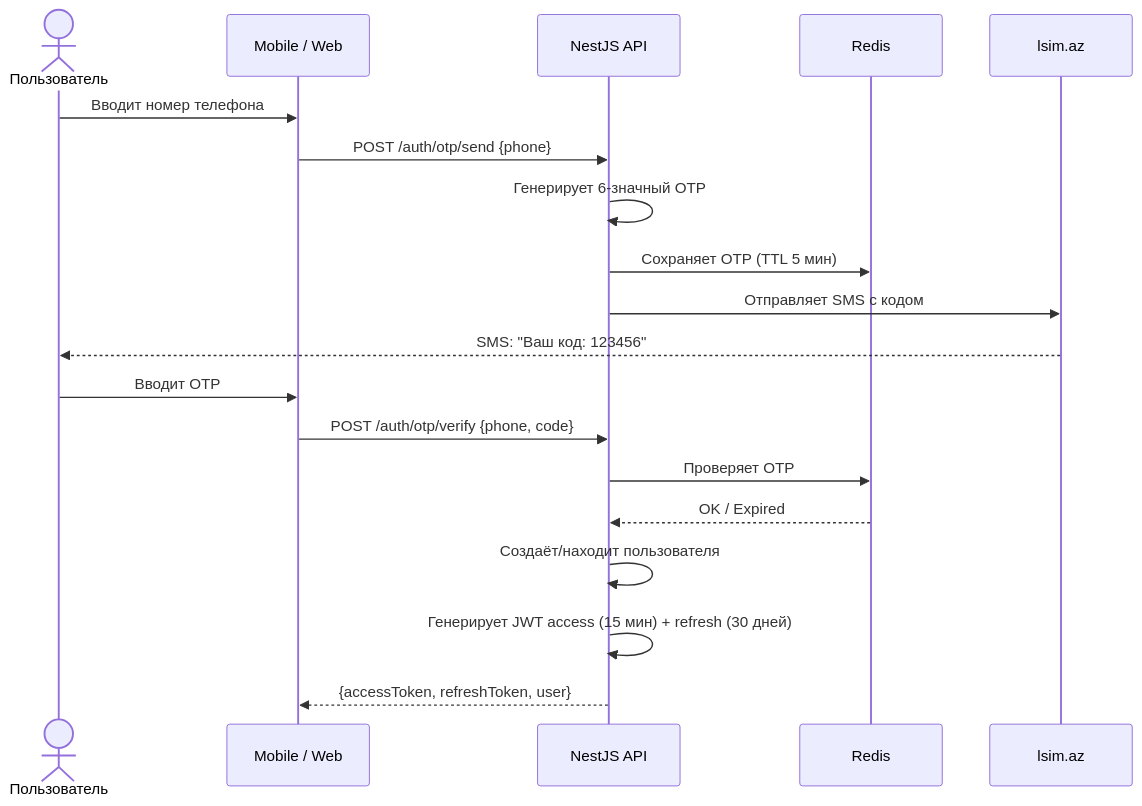
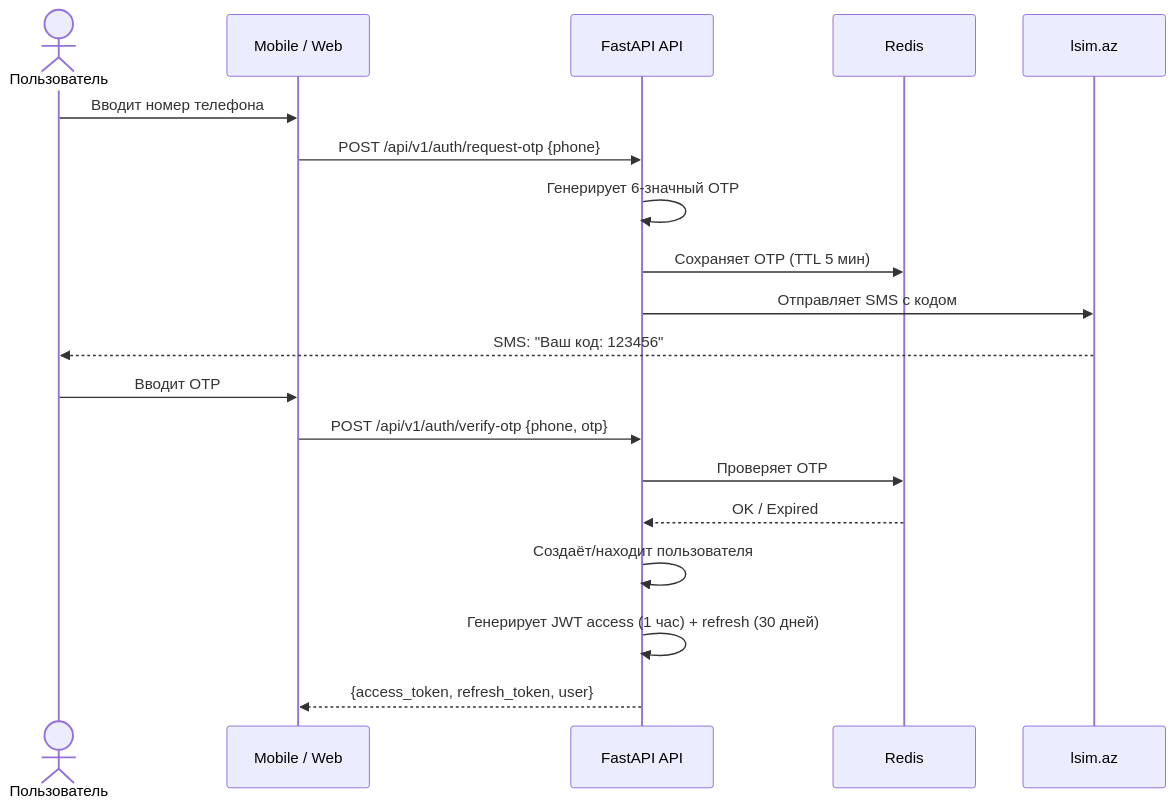
One commit to JosephIsrafilov/yolustu changed the first of 5 diagrams in yolustu_architecture.md. Above: the diagram before and after it, drawn with Mermaid. The commit also changed other lines of this file and 35 other files, not shown here.

````diff
--- a/yolustu_architecture.md
+++ b/yolustu_architecture.md
@@ -34,22 +30,22 @@
 ```mermaid
 sequenceDiagram
     actor P as Пользователь
     participant App as Mobile / Web
-    participant API as NestJS API
+    participant API as FastAPI API
     participant Redis as Redis
     participant SMS as lsim.az
 
     P->>App: Вводит номер телефона
-    App->>API: POST /auth/otp/send {phone}
+    App->>API: POST /api/v1/auth/request-otp {phone}
     API->>API: Генерирует 6-значный OTP
     API->>Redis: Сохраняет OTP (TTL 5 мин)
     API->>SMS: Отправляет SMS с кодом
     SMS-->>P: SMS: "Ваш код: 123456"
     P->>App: Вводит OTP
-    App->>API: POST /auth/otp/verify {phone, code}
+    App->>API: POST /api/v1/auth/verify-otp {phone, otp}
     API->>Redis: Проверяет OTP
     Redis-->>API: OK / Expired
     API->>API: Создаёт/находит пользователя
-    API->>API: Генерирует JWT access (15 мин) + refresh (30 дней)
-    API-->>App: {accessToken, refreshToken, user}
+    API->>API: Генерирует JWT access (1 час) + refresh (30 дней)
+    API-->>App: {access_token, refresh_token, user}
 ```
````
